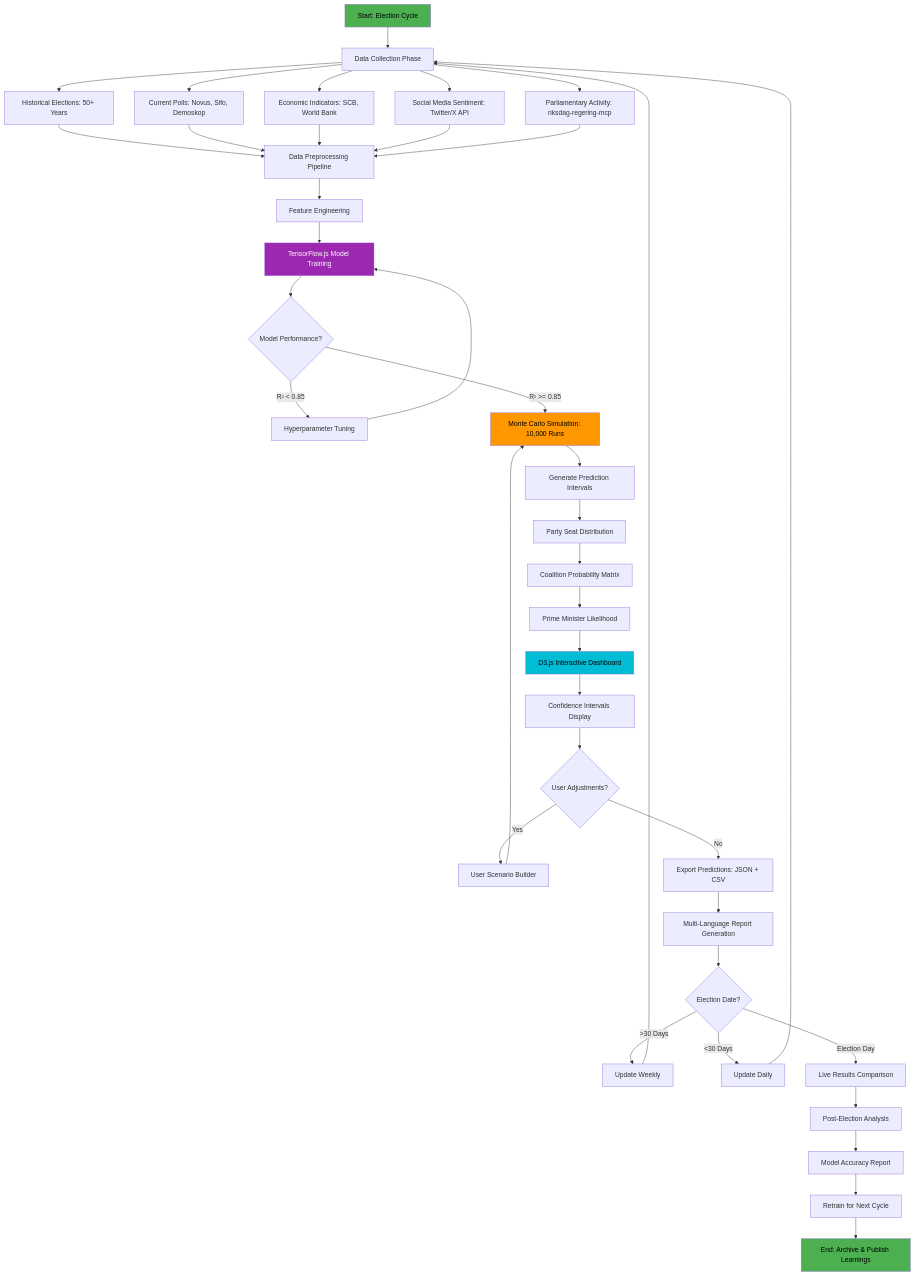
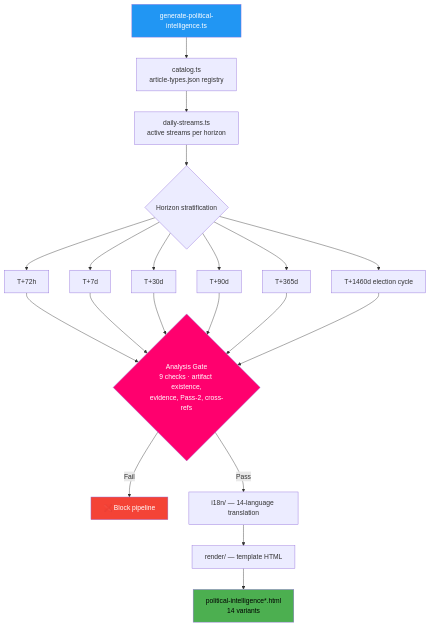
Before and after one commit to Hack23/riksdagsmonitor: the fourth of 24 diagrams in FUTURE_FLOWCHART.md, drawn with Mermaid. The commit also changed other lines of this file and 5 other files, not shown here.

Commit message:
Rewrite FUTURE_DATA_MODEL.md as three-horizon data architecture (v3.0)

````diff
--- a/FUTURE_FLOWCHART.md
+++ b/FUTURE_FLOWCHART.md
@@ -232,59 +203,29 @@
 ```mermaid
 flowchart TD
-    A[Start: Election Cycle] --> B[Data Collection Phase]
-    
-    B --> C[Historical Elections: 50+ Years]
-    B --> D[Current Polls: Novus, Sifo, Demoskop]
-    B --> E[Economic Indicators: SCB, World Bank]
-    B --> F[Social Media Sentiment: Twitter/X API]
-    B --> G[Parliamentary Activity: riksdag-regering-mcp]
-    
-    C --> H[Data Preprocessing Pipeline]
-    D --> H
-    E --> H
-    F --> H
-    G --> H
-    
-    H --> I[Feature Engineering]
-    I --> J[TensorFlow.js Model Training]
-    J --> K{Model Performance?}
-    
-    K -->|R² < 0.85| L[Hyperparameter Tuning]
-    L --> J
-    
-    K -->|R² >= 0.85| M[Monte Carlo Simulation: 10,000 Runs]
-    M --> N[Generate Prediction Intervals]
-    
-    N --> O[Party Seat Distribution]
-    O --> P[Coalition Probability Matrix]
-    P --> Q[Prime Minister Likelihood]
-    
-    Q --> R[D3.js Interactive Dashboard]
-    R --> S[Confidence Intervals Display]
-    S --> T{User Adjustments?}
-    
-    T -->|Yes| U[User Scenario Builder]
-    U --> M
-    
-    T -->|No| V[Export Predictions: JSON + CSV]
-    V --> W[Multi-Language Report Generation]
-    
-    W --> X{Election Date?}
-    X -->|>30 Days| Y[Update Weekly]
-    X -->|<30 Days| Z[Update Daily]
-    X -->|Election Day| AA[Live Results Comparison]
-    
-    Y --> B
-    Z --> B
-    AA --> AB[Post-Election Analysis]
-    
-    AB --> AC[Model Accuracy Report]
-    AC --> AD[Retrain for Next Cycle]
-    AD --> AE[End: Archive & Publish Learnings]
-    
-    style A fill:#4caf50,color:#000000
-    style J fill:#9c27b0,color:#ffffff
-    style M fill:#ff9800,color:#000000
-    style R fill:#00bcd4,color:#000000
-    style AE fill:#4caf50,color:#000000
+    T[generate-political-intelligence.ts] --> CAT[catalog.ts<br/>article-types.json registry]
+    CAT --> STR[daily-streams.ts<br/>active streams per horizon]
+    STR --> HZ{Horizon stratification}
+    HZ --> H72[T+72h]
+    HZ --> H7[T+7d]
+    HZ --> H30[T+30d]
+    HZ --> H90[T+90d]
+    HZ --> H365[T+365d]
+    HZ --> H1460[T+1460d election cycle]
+
+    H72 --> GATE{Analysis Gate<br/>9 checks · artifact existence,<br/>evidence, Pass-2, cross-refs}
+    H7 --> GATE
+    H30 --> GATE
+    H90 --> GATE
+    H365 --> GATE
+    H1460 --> GATE
+
+    GATE -->|Fail| STOP[❌ Block pipeline]
+    GATE -->|Pass| I18N[i18n/ — 14-language translation]
+    I18N --> RND[render/ — template HTML]
+    RND --> OUT[political-intelligence*.html<br/>14 variants]
+
+    style T fill:#2196f3,color:#ffffff
+    style GATE fill:#ff006e,color:#ffffff
+    style STOP fill:#f44336,color:#ffffff
+    style OUT fill:#4caf50,color:#000000
 ```
````
